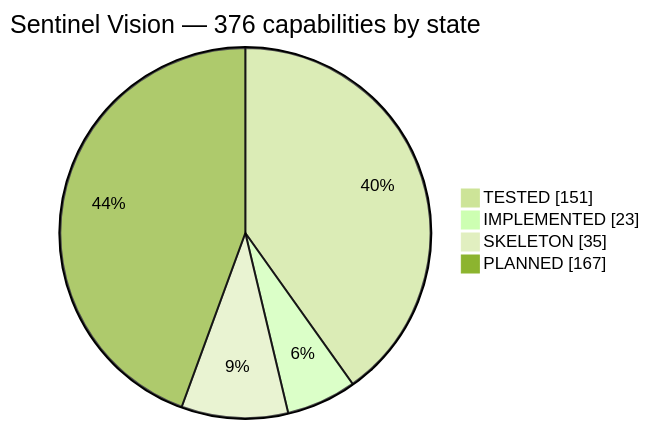
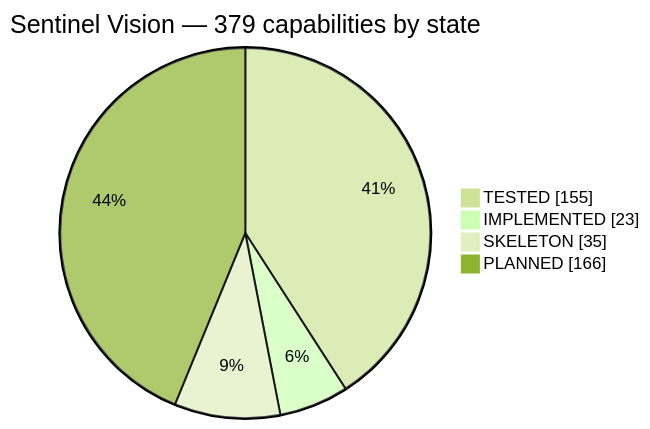
One commit to haidar-farhat/V.I.G.I.L._Vision_Intelligence_and_Geospatial_ncident_Layer changed the first of 3 diagrams in FEATURES.md. Above: the diagram before and after it, drawn with Mermaid (forest theme). The commit also changed other lines of this file and 12 other files, not shown here.

````diff
--- a/FEATURES.md
+++ b/FEATURES.md
@@ -46,8 +46,8 @@
 ```mermaid
 pie showData
-    title Sentinel Vision — 376 capabilities by state
-    "TESTED" : 151
+    title Sentinel Vision — 379 capabilities by state
+    "TESTED" : 155
     "IMPLEMENTED" : 23
     "SKELETON" : 35
-    "PLANNED" : 167
+    "PLANNED" : 166
 ```
````
